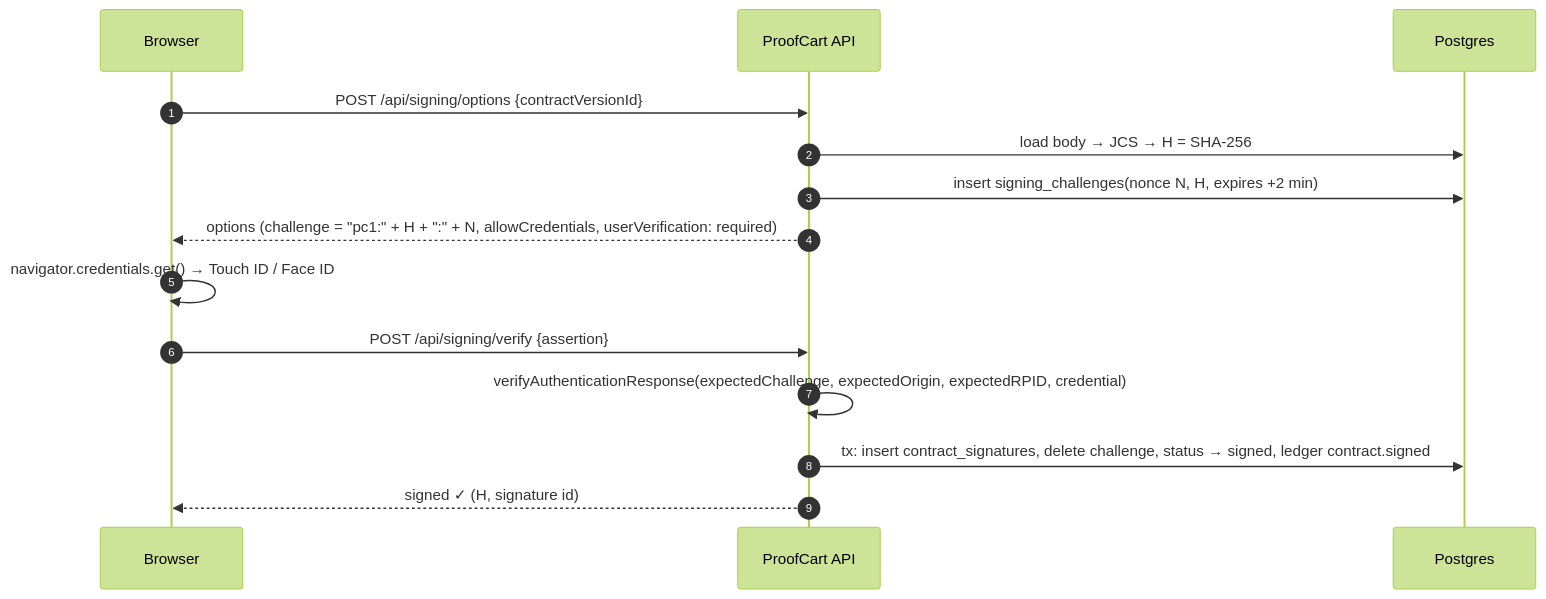
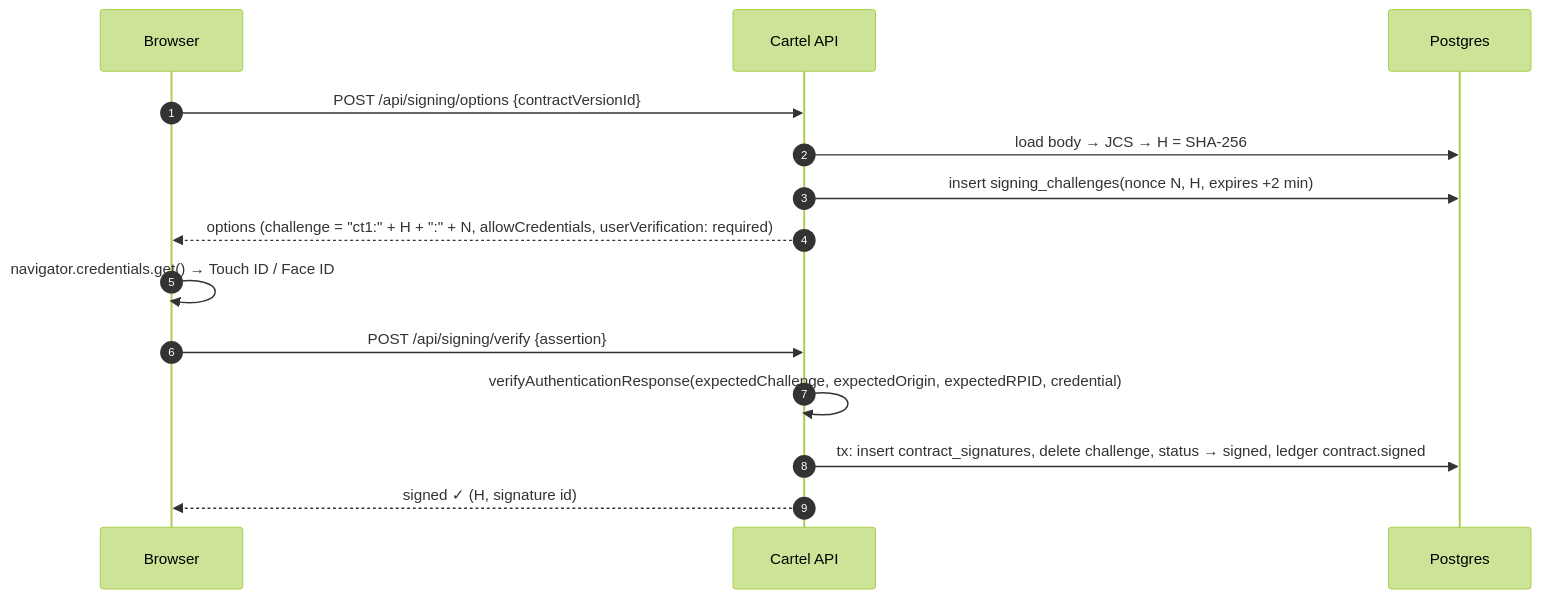
One commit to ItsHariii/HackGt13 changed the third of 5 diagrams in docs/SDD.md. Above: the diagram before and after it, drawn with Mermaid (forest theme). The commit also changed other lines of this file and 313 other files, not shown here.

First line of the commit message:
Rename ProofCart to Cartel and DemoMart to GreatHub

````diff
--- a/docs/SDD.md
+++ b/docs/SDD.md
@@ -692,16 +692,16 @@
 ```mermaid
 sequenceDiagram
   autonumber
   participant B as Browser
-  participant W as ProofCart API
+  participant W as Cartel API
   participant DB as Postgres
   B->>W: POST /api/signing/options {contractVersionId}
   W->>DB: load body → JCS → H = SHA-256
   W->>DB: insert signing_challenges(nonce N, H, expires +2 min)
-  W-->>B: options (challenge = "pc1:" + H + ":" + N, allowCredentials, userVerification: required)
+  W-->>B: options (challenge = "ct1:" + H + ":" + N, allowCredentials, userVerification: required)
   B->>B: navigator.credentials.get() → Touch ID / Face ID
   B->>W: POST /api/signing/verify {assertion}
   W->>W: verifyAuthenticationResponse(expectedChallenge, expectedOrigin, expectedRPID, credential)
   W->>DB: tx: insert contract_signatures, delete challenge, status → signed, ledger contract.signed
   W-->>B: signed ✓ (H, signature id)
 ```
````
